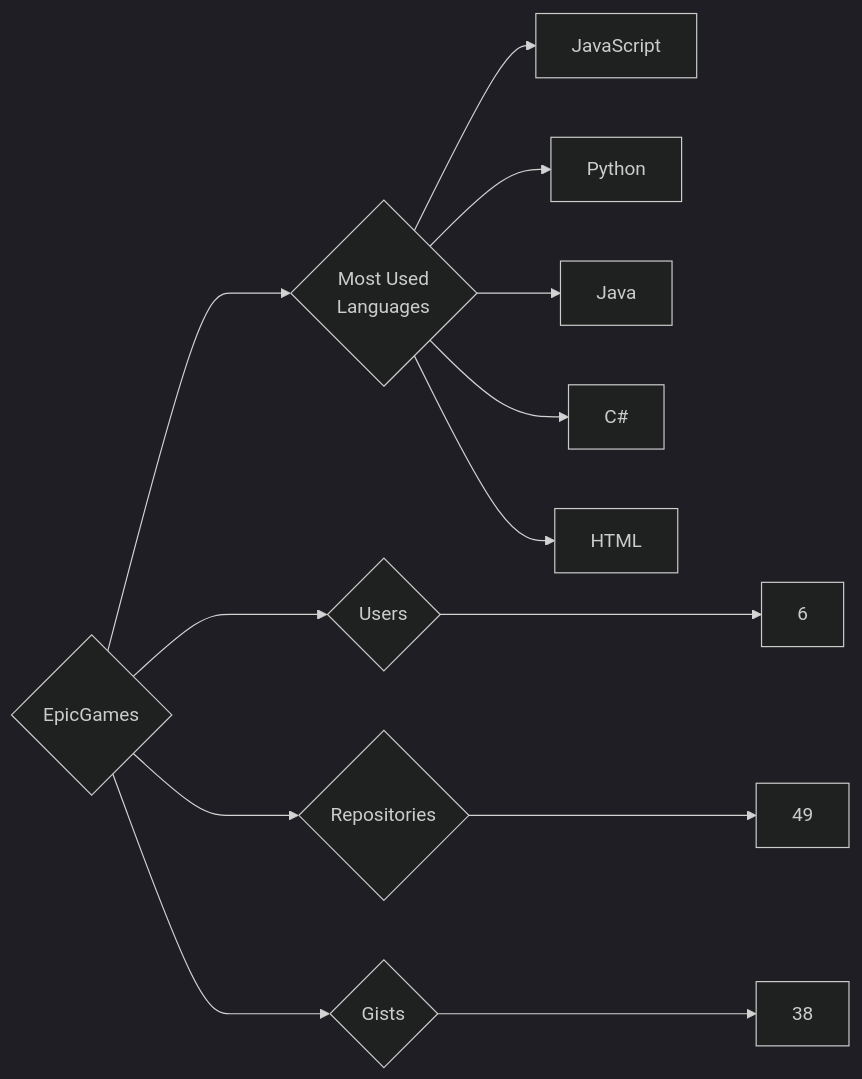
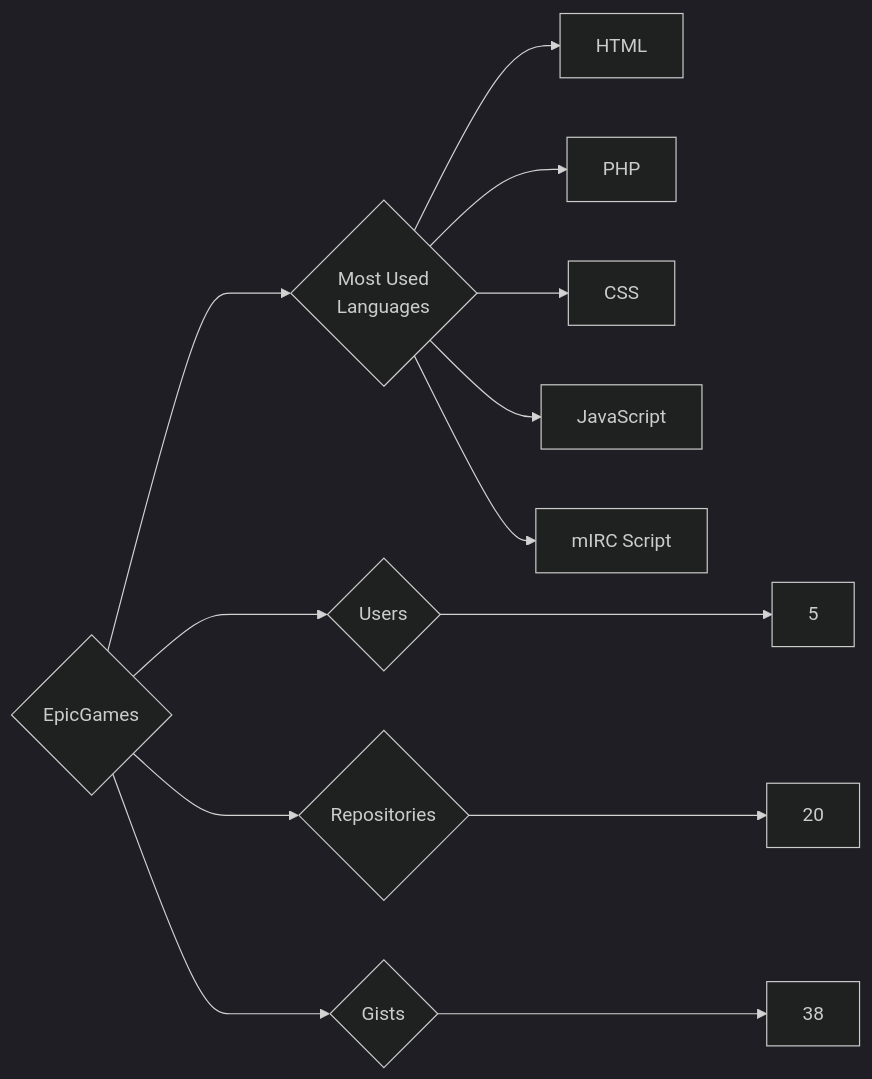
One commit to trickest/insiders changed the diagram in targets/EpicGames/README.md. Above: the diagram before and after it, drawn with Mermaid (dark theme). The commit also changed 1055 other files, not shown here.

````diff
--- a/targets/EpicGames/README.md
+++ b/targets/EpicGames/README.md
@@ -3,13 +3,13 @@
 ```mermaid
 graph LR
 COMPANY_NAME{EpicGames}
-COMPANY_NAME ---> U{Users} ---> UN[6]
-COMPANY_NAME ---> R{Repositories} ---> RN[49]
+COMPANY_NAME ---> U{Users} ---> UN[5]
+COMPANY_NAME ---> R{Repositories} ---> RN[20]
 COMPANY_NAME ---> G{Gists} ---> GN[38]
 COMPANY_NAME ---> ML{Most Used<br>Languages}
+ML --> HTML[HTML]
+ML --> PHP[PHP]
+ML --> CSS[CSS]
 ML --> JavaScript[JavaScript]
-ML --> Python[Python]
-ML --> Java[Java]
-ML --> C#[C#]
-ML --> HTML[HTML]
+ML --> mIRC_Script[mIRC Script]
 ```
````
